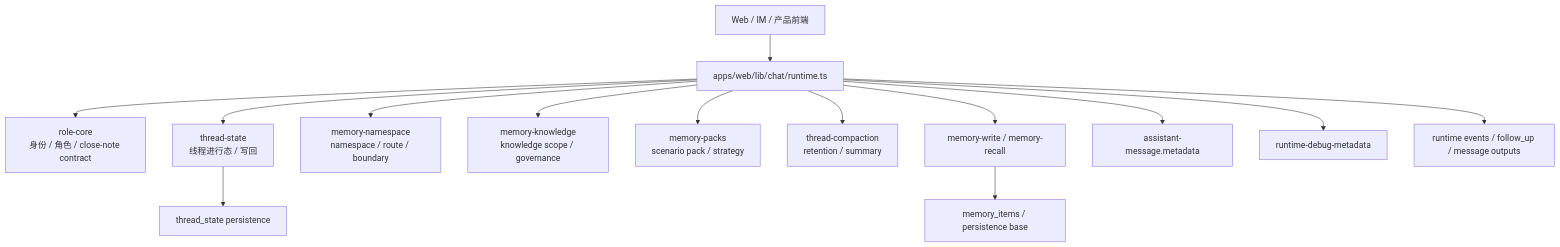
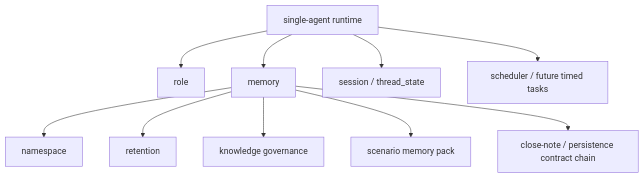
The third of 5 diagrams in docs/engineering/project_architecture_summary_post_memory_upgrade_v1.0.md (caoqc4/sparkcore), drawn with Mermaid before and after one commit. The commit also changed other lines of this file, not shown here.

Commit message:
docs: align project architecture summary with three-layer model

````diff
--- a/docs/engineering/project_architecture_summary_post_memory_upgrade_v1.0.md
+++ b/docs/engineering/project_architecture_summary_post_memory_upgrade_v1.0.md
@@ -149,19 +141,13 @@
 ```mermaid
 flowchart TD
-    UI["Web / IM / 产品前端"] --> RT["apps/web/lib/chat/runtime.ts"]
+    RT["single-agent runtime"] --> ROLE["role"]
+    RT --> MEM["memory"]
+    RT --> SESSION["session / thread_state"]
+    RT --> SCHED["scheduler / future timed tasks"]
 
-    RT --> RC["role-core<br/>身份 / 角色 / close-note contract"]
-    RT --> TS["thread-state<br/>线程进行态 / 写回"]
-    RT --> NS["memory-namespace<br/>namespace / route / boundary"]
-    RT --> KN["memory-knowledge<br/>knowledge scope / governance"]
-    RT --> SC["memory-packs<br/>scenario pack / strategy"]
-    RT --> TC["thread-compaction<br/>retention / summary"]
-    RT --> MW["memory-write / memory-recall"]
-
-    RT --> AM["assistant-message.metadata"]
-    RT --> RD["runtime-debug-metadata"]
-    RT --> EV["runtime events / follow_up / message outputs"]
-
-    MW --> MI["memory_items / persistence base"]
-    TS --> ST["thread_state persistence"]
+    MEM --> NS["namespace"]
+    MEM --> RET["retention"]
+    MEM --> KG["knowledge governance"]
+    MEM --> PACK["scenario memory pack"]
+    MEM --> CLOSE["close-note / persistence contract chain"]
 ```
````
